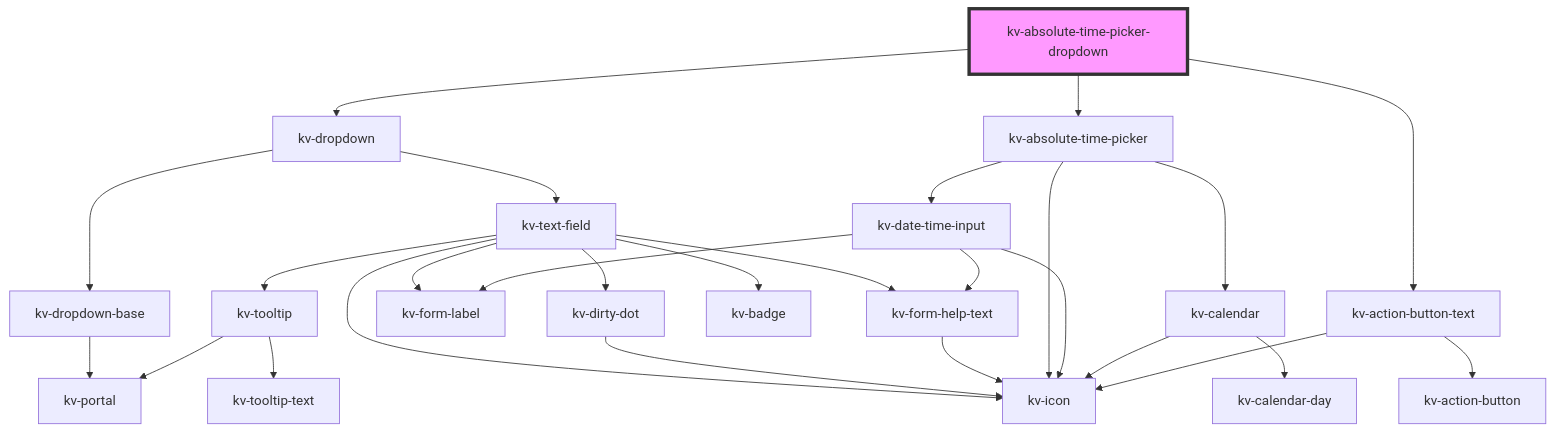
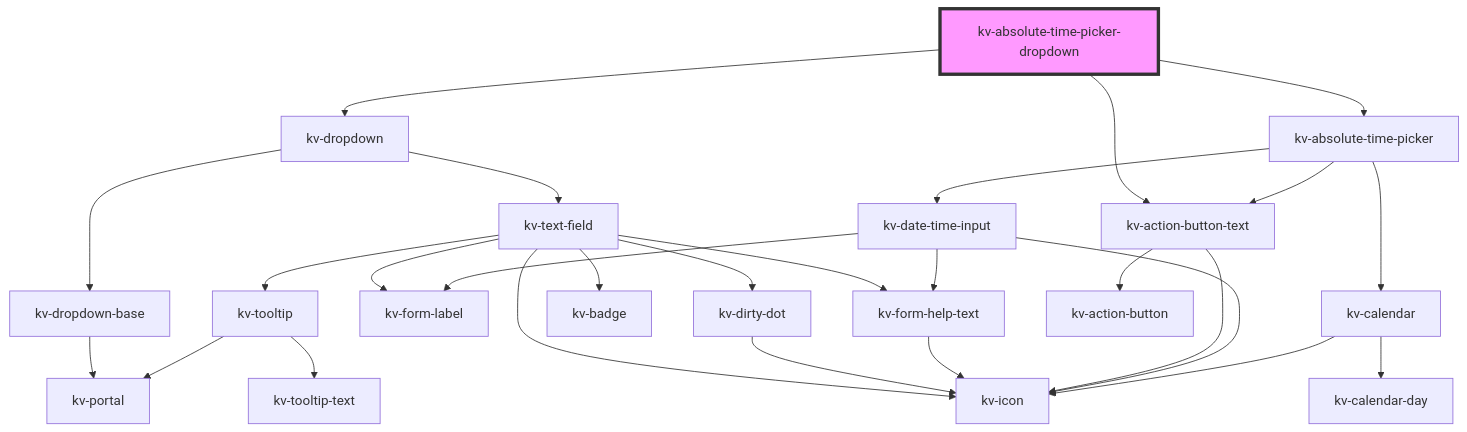
One commit to kelvininc/ui-components changed the diagram in packages/ui-components/src/components/absolute-time-picker-dropdown/readme.md. Above: the diagram before and after it, drawn with Mermaid. The commit also changed 40 other files, not shown here.

Commit message:
feat(time-picker): migrate time pickers to  design tokens

````diff
--- a/packages/ui-components/src/components/absolute-time-picker-dropdown/readme.md
+++ b/packages/ui-components/src/components/absolute-time-picker-dropdown/readme.md
@@ -77,30 +77,30 @@
 ```mermaid
 graph TD;
   kv-absolute-time-picker-dropdown --> kv-dropdown
   kv-absolute-time-picker-dropdown --> kv-absolute-time-picker
   kv-absolute-time-picker-dropdown --> kv-action-button-text
   kv-dropdown --> kv-dropdown-base
   kv-dropdown --> kv-text-field
   kv-dropdown-base --> kv-portal
   kv-text-field --> kv-tooltip
   kv-text-field --> kv-form-label
   kv-text-field --> kv-icon
   kv-text-field --> kv-dirty-dot
   kv-text-field --> kv-badge
   kv-text-field --> kv-form-help-text
   kv-tooltip --> kv-portal
   kv-tooltip --> kv-tooltip-text
   kv-dirty-dot --> kv-icon
   kv-form-help-text --> kv-icon
-  kv-absolute-time-picker --> kv-icon
+  kv-absolute-time-picker --> kv-action-button-text
   kv-absolute-time-picker --> kv-date-time-input
   kv-absolute-time-picker --> kv-calendar
+  kv-action-button-text --> kv-action-button
+  kv-action-button-text --> kv-icon
   kv-date-time-input --> kv-form-label
   kv-date-time-input --> kv-icon
   kv-date-time-input --> kv-form-help-text
   kv-calendar --> kv-icon
   kv-calendar --> kv-calendar-day
-  kv-action-button-text --> kv-action-button
-  kv-action-button-text --> kv-icon
   style kv-absolute-time-picker-dropdown fill:#f9f,stroke:#333,stroke-width:4px
 ```
````
